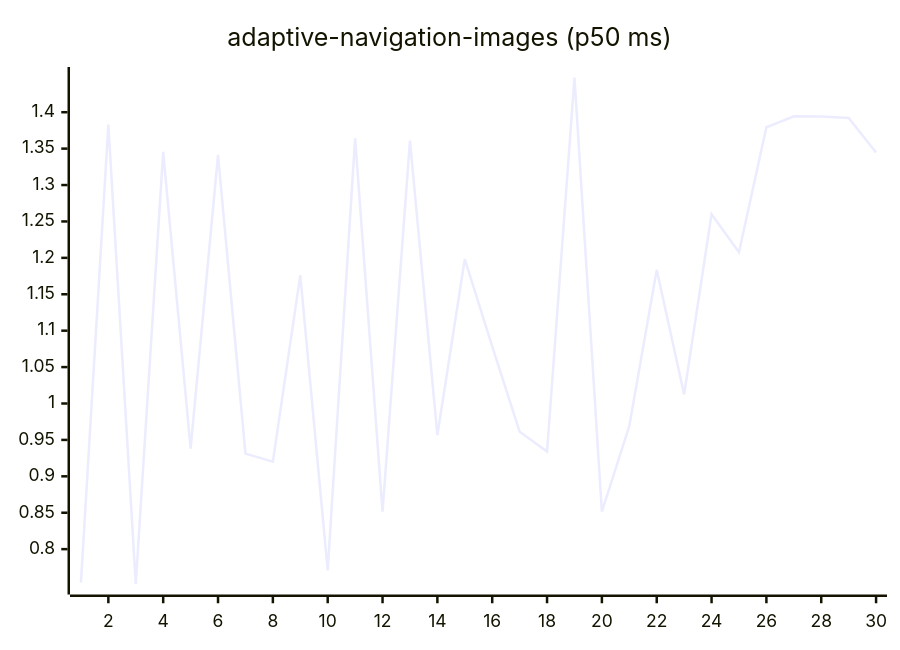
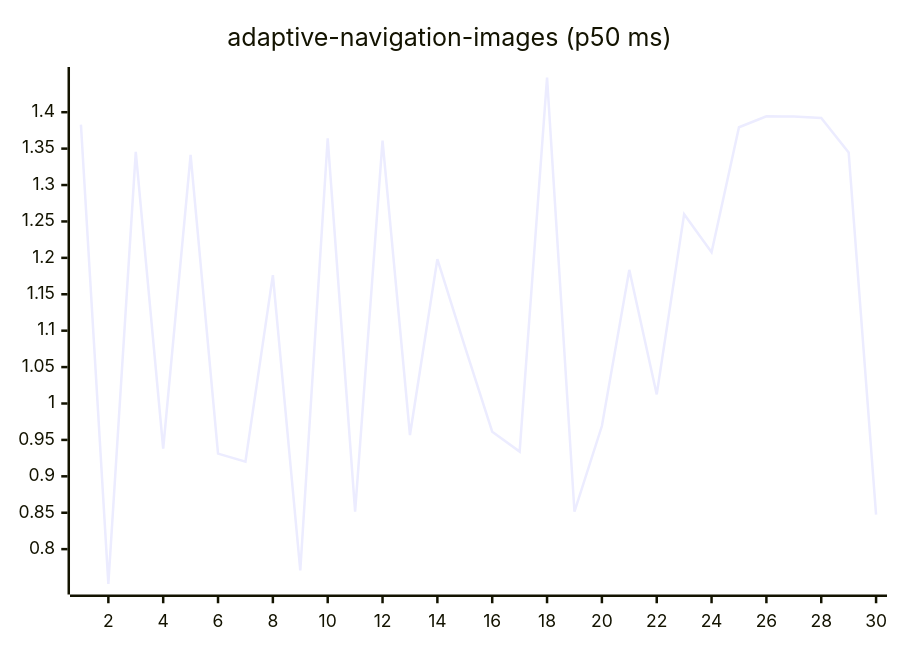
Before and after one commit to josha/Facet: the first of 27 diagrams in README.md, drawn with Mermaid. The commit also changed other lines of this file and 2 other files, not shown here.

````diff
--- a/README.md
+++ b/README.md
@@ -63,6 +63,6 @@
 ```mermaid
 xychart-beta
     title "adaptive-navigation-images (p50 ms)"
     x-axis 1 --> 30
-    line [0.7540, 1.3829, 0.7523, 1.3455, 0.9380, 1.3415, 0.9312, 0.9201, 1.1763, 0.7707, 1.3642, 0.8516, 1.3610, 0.9567, 1.1983, 1.0783, 0.9612, 0.9339, 1.4475, 0.8514, 0.9690, 1.1835, 1.0125, 1.2600, 1.2076, 1.3793, 1.3944, 1.3942, 1.3921, 1.3447]
+    line [1.3829, 0.7523, 1.3455, 0.9380, 1.3415, 0.9312, 0.9201, 1.1763, 0.7707, 1.3642, 0.8516, 1.3610, 0.9567, 1.1983, 1.0783, 0.9612, 0.9339, 1.4475, 0.8514, 0.9690, 1.1835, 1.0125, 1.2600, 1.2076, 1.3793, 1.3944, 1.3942, 1.3921, 1.3447, 0.8475]
 ```
````
